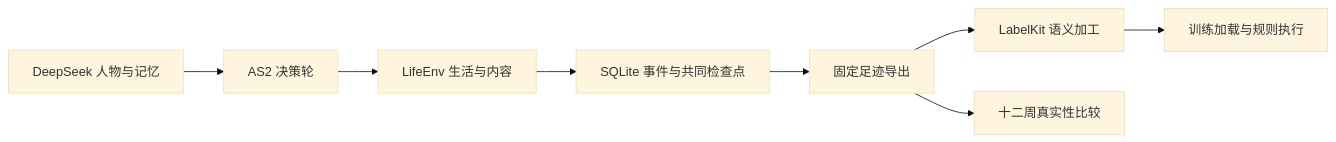
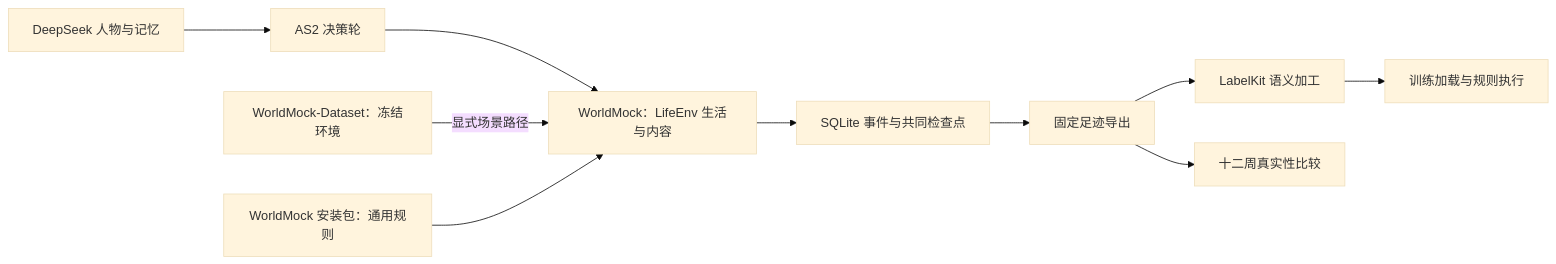
One commit to HoldThatThgt/WorldMock changed the diagram in README.md. Above: the diagram before and after it, drawn with Mermaid (base theme). The commit also changed other lines of this file and 1231 other files, not shown here.

````diff
--- a/README.md
+++ b/README.md
@@ -37,10 +38,12 @@
 ```mermaid
 flowchart LR
     A[DeepSeek 人物与记忆] --> B[AS2 决策轮]
-    B --> C[LifeEnv 生活与内容]
+    B --> C[WorldMock：LifeEnv 生活与内容]
+    I[WorldMock-Dataset：冻结环境] -->|显式场景路径| C
+    J[WorldMock 安装包：通用规则] --> C
     C --> D[SQLite 事件与共同检查点]
     D --> E[固定足迹导出]
     E --> F[LabelKit 语义加工]
     F --> G[训练加载与规则执行]
     E --> H[十二周真实性比较]
 ```
````
